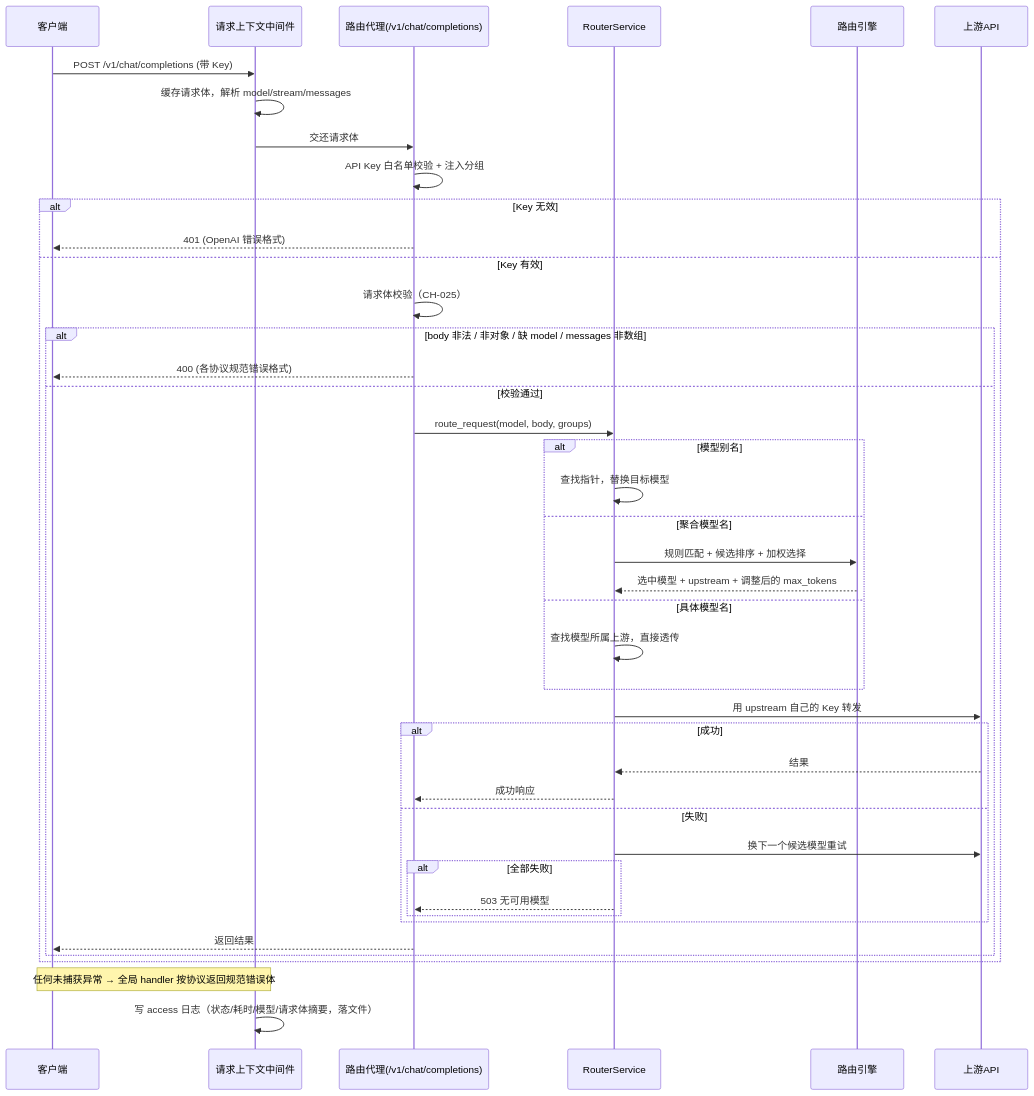
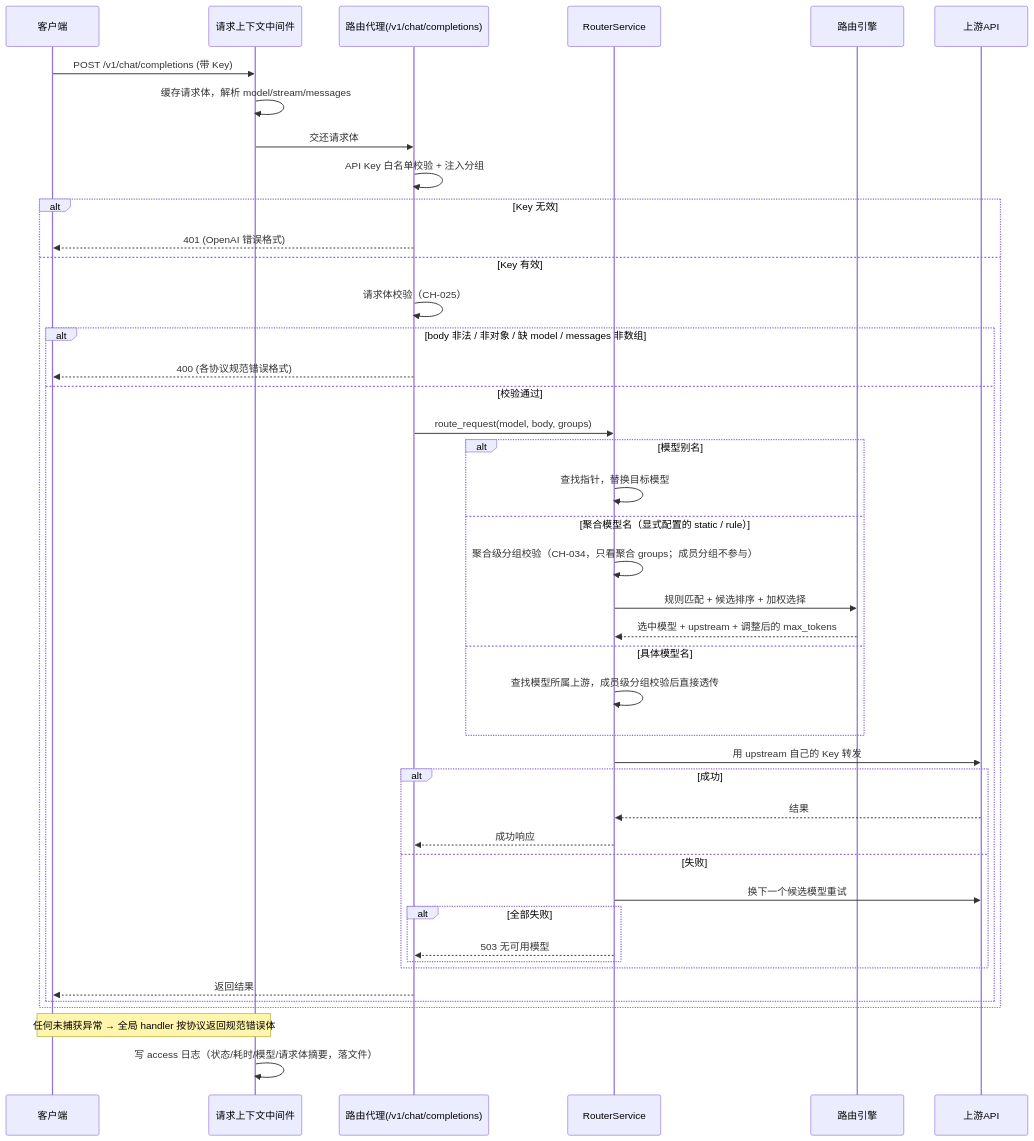
One commit to 66wjz/smart_router changed the first of 5 diagrams in docs/系统核心流程.md. Above: the diagram before and after it, drawn with Mermaid. The commit also changed other lines of this file and 39 other files, not shown here.

````diff
--- a/docs/系统核心流程.md
+++ b/docs/系统核心流程.md
@@ -28,45 +28,46 @@
 ```mermaid
 sequenceDiagram
     participant C as 客户端
     participant L as 请求上下文中间件
     participant R as 路由代理(/v1/chat/completions)
     participant S as RouterService
     participant E as 路由引擎
     participant U as 上游API
 
     C->>L: POST /v1/chat/completions (带 Key)
     L->>L: 缓存请求体，解析 model/stream/messages
     L->>R: 交还请求体
     R->>R: API Key 白名单校验 + 注入分组
     alt Key 无效
         R-->>C: 401 (OpenAI 错误格式)
     else Key 有效
         R->>R: 请求体校验（CH-025）
         alt body 非法 / 非对象 / 缺 model / messages 非数组
             R-->>C: 400 (各协议规范错误格式)
         else 校验通过
             R->>S: route_request(model, body, groups)
             alt 模型别名
                 S->>S: 查找指针，替换目标模型
-            else 聚合模型名
+            else 聚合模型名（显式配置的 static / rule）
+                S->>S: 聚合级分组校验（CH-034，只看聚合 groups；成员分组不参与）
                 S->>E: 规则匹配 + 候选排序 + 加权选择
                 E-->>S: 选中模型 + upstream + 调整后的 max_tokens
             else 具体模型名
-                S->>S: 查找模型所属上游，直接透传
+                S->>S: 查找模型所属上游，成员级分组校验后直接透传
             end
             S->>U: 用 upstream 自己的 Key 转发
             alt 成功
                 U-->>S: 结果
                 S-->>R: 成功响应
             else 失败
                 S->>U: 换下一个候选模型重试
                 alt 全部失败
                     S-->>R: 503 无可用模型
                 end
             end
             R-->>C: 返回结果
         end
     end
     Note over L,C: 任何未捕获异常 → 全局 handler 按协议返回规范错误体
     L->>L: 写 access 日志（状态/耗时/模型/请求体摘要，落文件）
 ```
````
